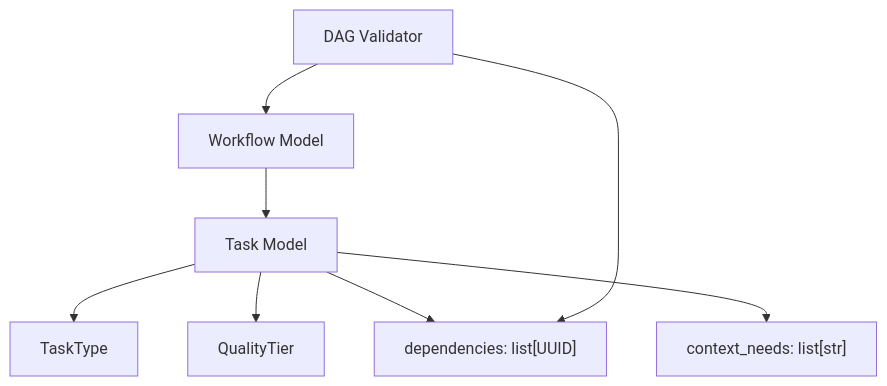
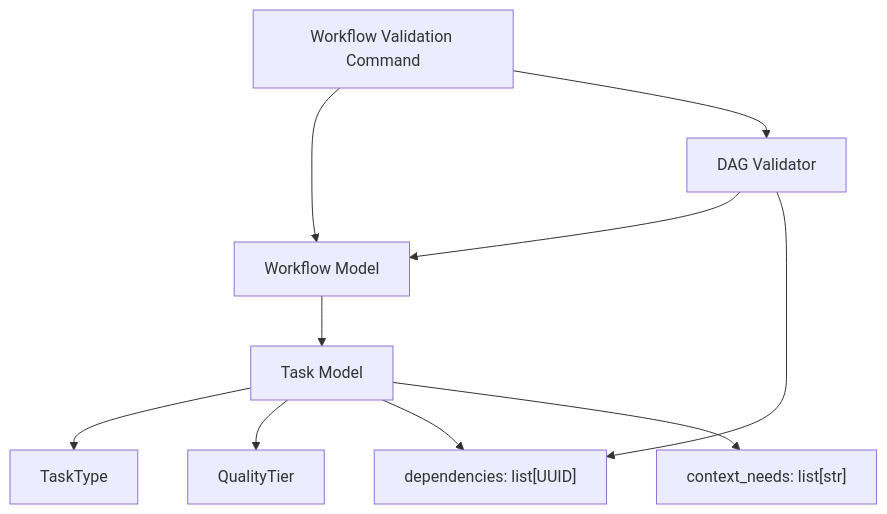
The diagram in docs/05_Components.md (knishkarora/Ather-OS), drawn with Mermaid before and after one commit. The commit also changed other lines of this file and 13 other files, not shown here.

````diff
--- a/docs/05_Components.md
+++ b/docs/05_Components.md
@@ -107,10 +126,12 @@
 ```mermaid
 flowchart TD
     Workflow["Workflow Model"] --> Task["Task Model"]
     Task --> TaskType["TaskType"]
     Task --> QualityTier["QualityTier"]
     Task --> Dependencies["dependencies: list[UUID]"]
     Task --> ContextNeeds["context_needs: list[str]"]
     Validator["DAG Validator"] --> Workflow
     Validator --> Dependencies
+    Command["Workflow Validation Command"] --> Workflow
+    Command --> Validator
 ```
````
